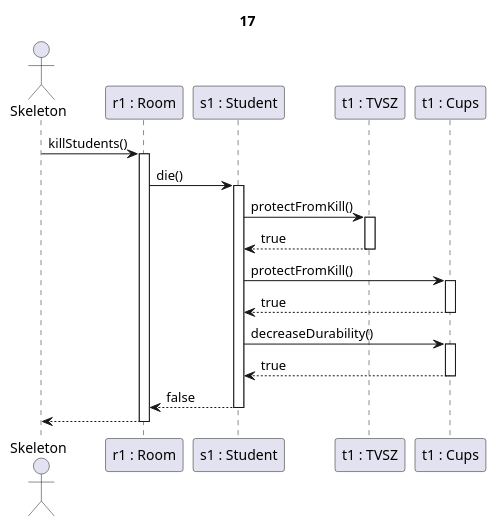
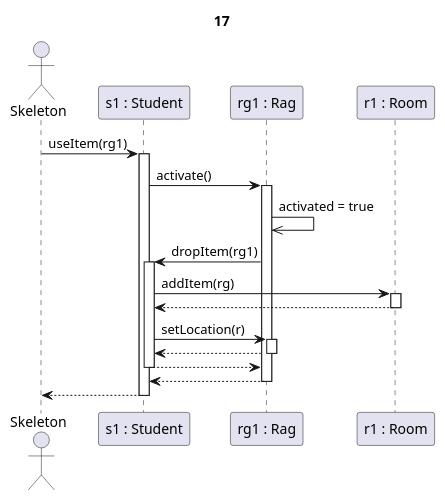
The diagram in partII_sequence diagrams/17.puml (kipolaris/skyrimscriptsuttogok), drawn with PlantUML before and after one commit. The commit also changed 110 other files, not shown here.

Commit message:
finalize partII sequence diagrams

```diff
--- a/partII_sequence diagrams/17.puml
+++ b/partII_sequence diagrams/17.puml
@@ -1,28 +1,29 @@
-@startuml oktato_tamad
+@startuml rag aktiválása
 
 title 17
 
 actor Skeleton as sk
+participant "s1 : Student" as s
+participant "rg1 : Rag" as rg
 participant "r1 : Room" as r
-participant "s1 : Student" as s
-participant "t1 : TVSZ" as t
-participant "t1 : Cups" as c
 
-sk->r ++: killStudents()
+sk->s ++: useItem(rg1)
+s->rg ++: activate()
 
-r -> s ++: die()
+rg->>rg : activated = true
 
-s->t ++: protectFromKill()
-t-->s --: true
+rg->s ++: dropItem(rg1)
 
-s->c ++: protectFromKill()
-c-->s --: true
+s -> r ++: addItem(rg)
+r-->s --:
 
-s->c ++: decreaseDurability()
-c-->s --: true
+s->rg ++: setLocation(r)
+rg-->s --:
 
-s-->r --: false
+s-->rg --:
 
-r-->sk --:
+rg-->s --:
+
+s-->sk --:
 
 @enduml
```
